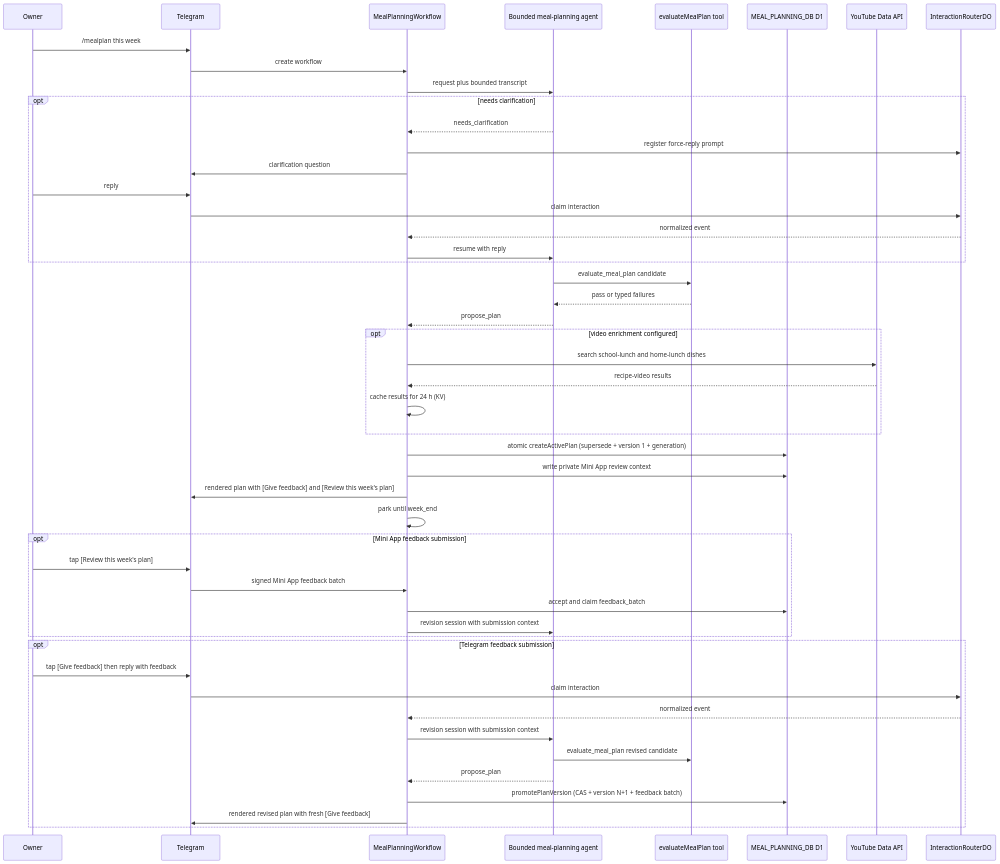
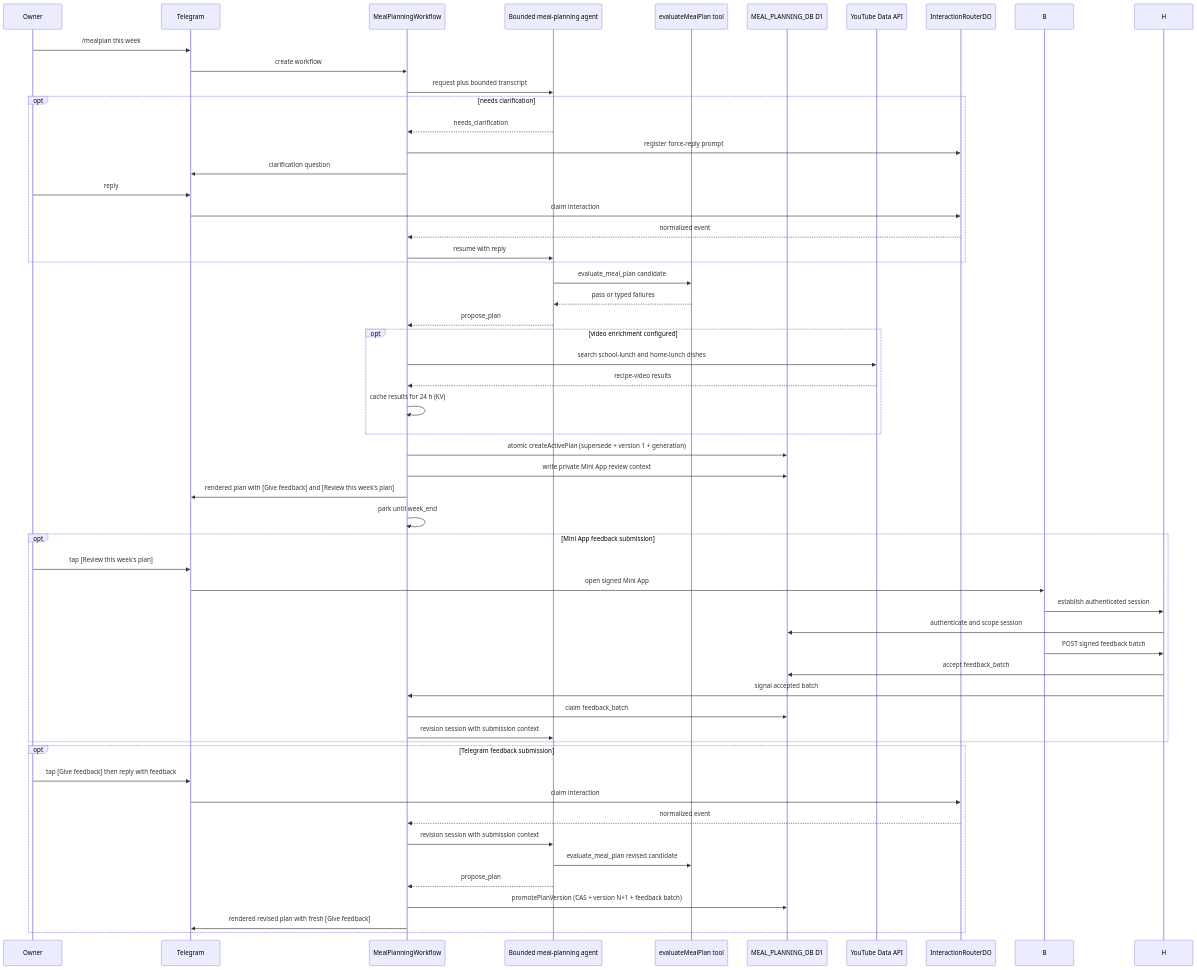
Before and after one commit to satwikhebbar/kipp: the fourth of 5 diagrams in docs/architecture/request-flows.md, drawn with Mermaid. The commit also changed other lines of this file and 4 other files, not shown here.

````diff
--- a/docs/architecture/request-flows.md
+++ b/docs/architecture/request-flows.md
@@ -150,52 +152,57 @@
 ```mermaid
 sequenceDiagram
   participant U as Owner
   participant T as Telegram
   participant M as MealPlanningWorkflow
   participant A as Bounded meal-planning agent
   participant E as evaluateMealPlan tool
   participant D as MEAL_PLANNING_DB D1
   participant Y as YouTube Data API
   participant R as InteractionRouterDO
 
   U->>T: /mealplan this week
   T->>M: create workflow
   M->>A: request plus bounded transcript
   opt needs clarification
     A-->>M: needs_clarification
     M->>R: register force-reply prompt
     M->>T: clarification question
     U->>T: reply
     T->>R: claim interaction
     R-->>M: normalized event
     M->>A: resume with reply
   end
   A->>E: evaluate_meal_plan candidate
   E-->>A: pass or typed failures
   A-->>M: propose_plan
   opt video enrichment configured
     M->>Y: search school-lunch and home-lunch dishes
     Y-->>M: recipe-video results
     M->>M: cache results for 24 h (KV)
   end
   M->>D: atomic createActivePlan (supersede + version 1 + generation)
   M->>D: write private Mini App review context
   M->>T: rendered plan with [Give feedback] and [Review this week's plan]
   M->>M: park until week_end
   opt Mini App feedback submission
     U->>T: tap [Review this week's plan]
-    T->>M: signed Mini App feedback batch
-    M->>D: accept and claim feedback_batch
+    T->>B: open signed Mini App
+    B->>H: establish authenticated session
+    H->>D: authenticate and scope session
+    B->>H: POST signed feedback batch
+    H->>D: accept feedback_batch
+    H->>M: signal accepted batch
+    M->>D: claim feedback_batch
     M->>A: revision session with submission context
   end
   opt Telegram feedback submission
     U->>T: tap [Give feedback] then reply with feedback
     T->>R: claim interaction
     R-->>M: normalized event
     M->>A: revision session with submission context
     A->>E: evaluate_meal_plan revised candidate
     A-->>M: propose_plan
     M->>D: promotePlanVersion (CAS + version N+1 + feedback batch)
     M->>T: rendered revised plan with fresh [Give feedback]
   end
 ```
````
